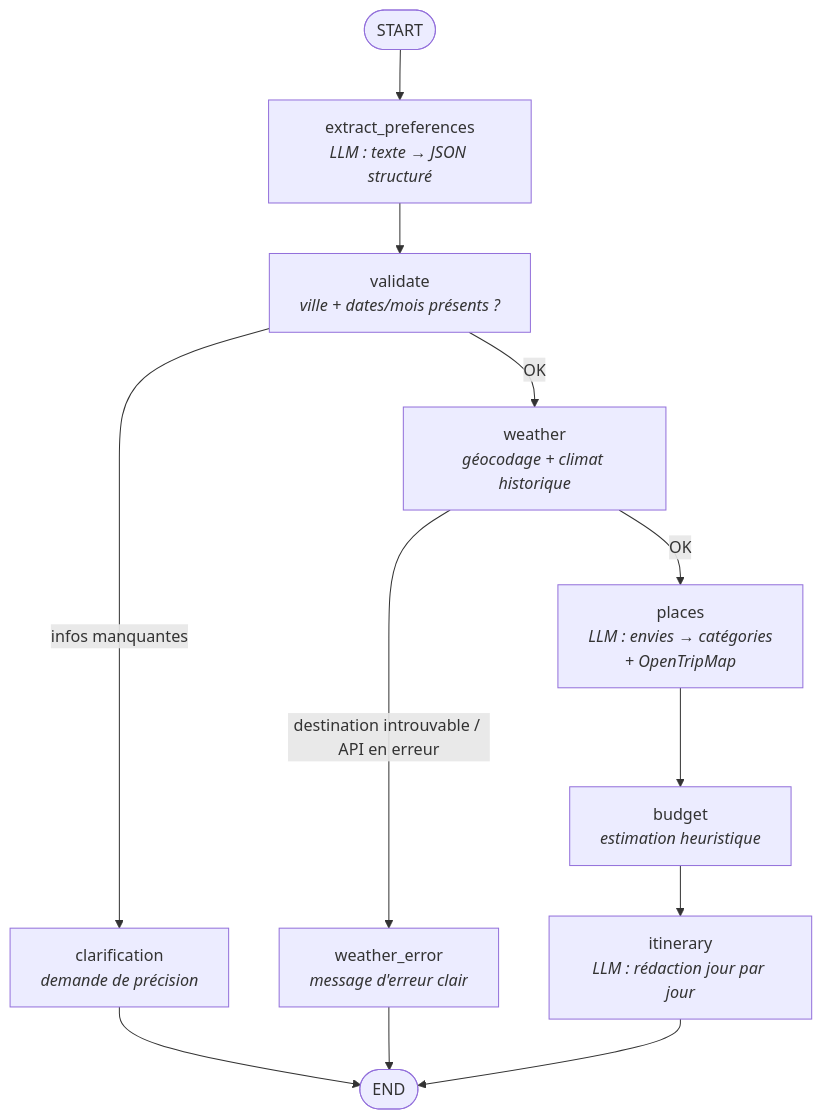
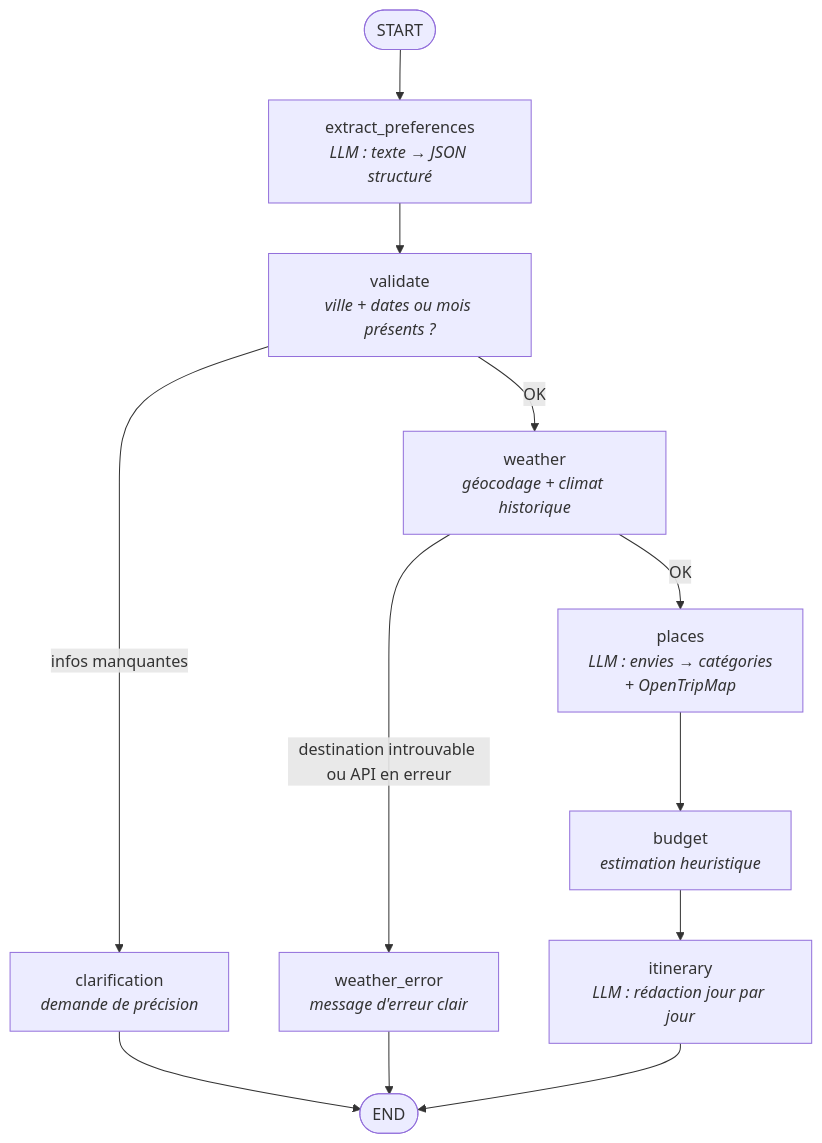
The first of 2 diagrams in README.md (rnouteau/TripPilot), drawn with Mermaid before and after one commit. The commit also changed other lines of this file, not shown here.

Commit message:
fix: Update flowchart nodes for clarity and consistency in README

````diff
--- a/README.md
+++ b/README.md
@@ -13,14 +13,14 @@
 ```mermaid
 flowchart TD
-    START([START]) --> extract[extract_preferences<br/><i>LLM : texte → JSON structuré</i>]
-    extract --> validate[validate<br/><i>ville + dates/mois présents ?</i>]
-    validate -- infos manquantes --> clarification[clarification<br/><i>demande de précision</i>]
-    validate -- OK --> weather[weather<br/><i>géocodage + climat historique</i>]
-    weather -- destination introuvable / API en erreur --> weather_error[weather_error<br/><i>message d'erreur clair</i>]
-    weather -- OK --> places[places<br/><i>LLM : envies → catégories<br/>+ OpenTripMap</i>]
-    places --> budget[budget<br/><i>estimation heuristique</i>]
-    budget --> itinerary[itinerary<br/><i>LLM : rédaction jour par jour</i>]
-    clarification --> END([END])
-    weather_error --> END
-    itinerary --> END
+    start_node(["START"]) --> extract_node["extract_preferences<br/><i>LLM : texte → JSON structuré</i>"]
+    extract_node --> validate_node["validate<br/><i>ville + dates ou mois présents ?</i>"]
+    validate_node -->|"infos manquantes"| clarification_node["clarification<br/><i>demande de précision</i>"]
+    validate_node -->|"OK"| weather_node["weather<br/><i>géocodage + climat historique</i>"]
+    weather_node -->|"destination introuvable ou API en erreur"| weather_error_node["weather_error<br/><i>message d'erreur clair</i>"]
+    weather_node -->|"OK"| places_node["places<br/><i>LLM : envies → catégories<br/>+ OpenTripMap</i>"]
+    places_node --> budget_node["budget<br/><i>estimation heuristique</i>"]
+    budget_node --> itinerary_node["itinerary<br/><i>LLM : rédaction jour par jour</i>"]
+    clarification_node --> end_node(["END"])
+    weather_error_node --> end_node
+    itinerary_node --> end_node
 ```
````
